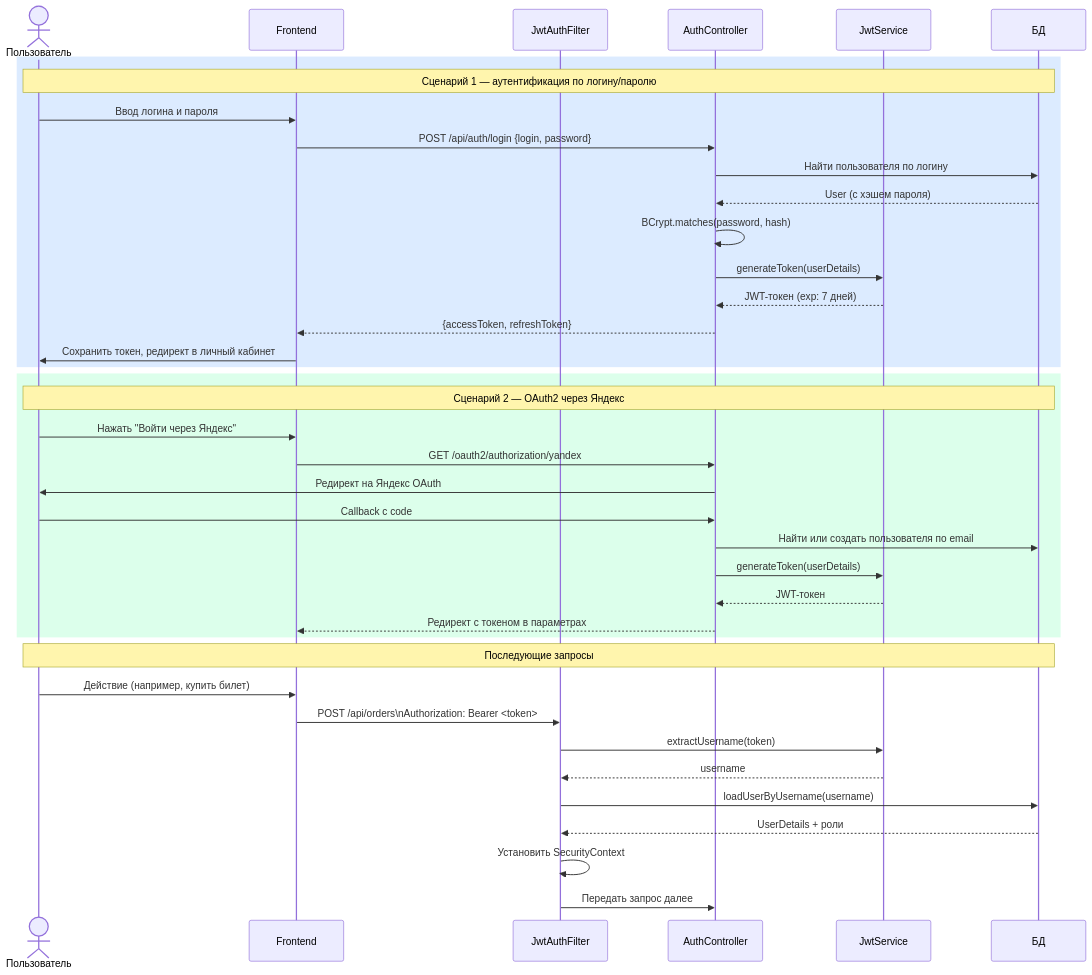
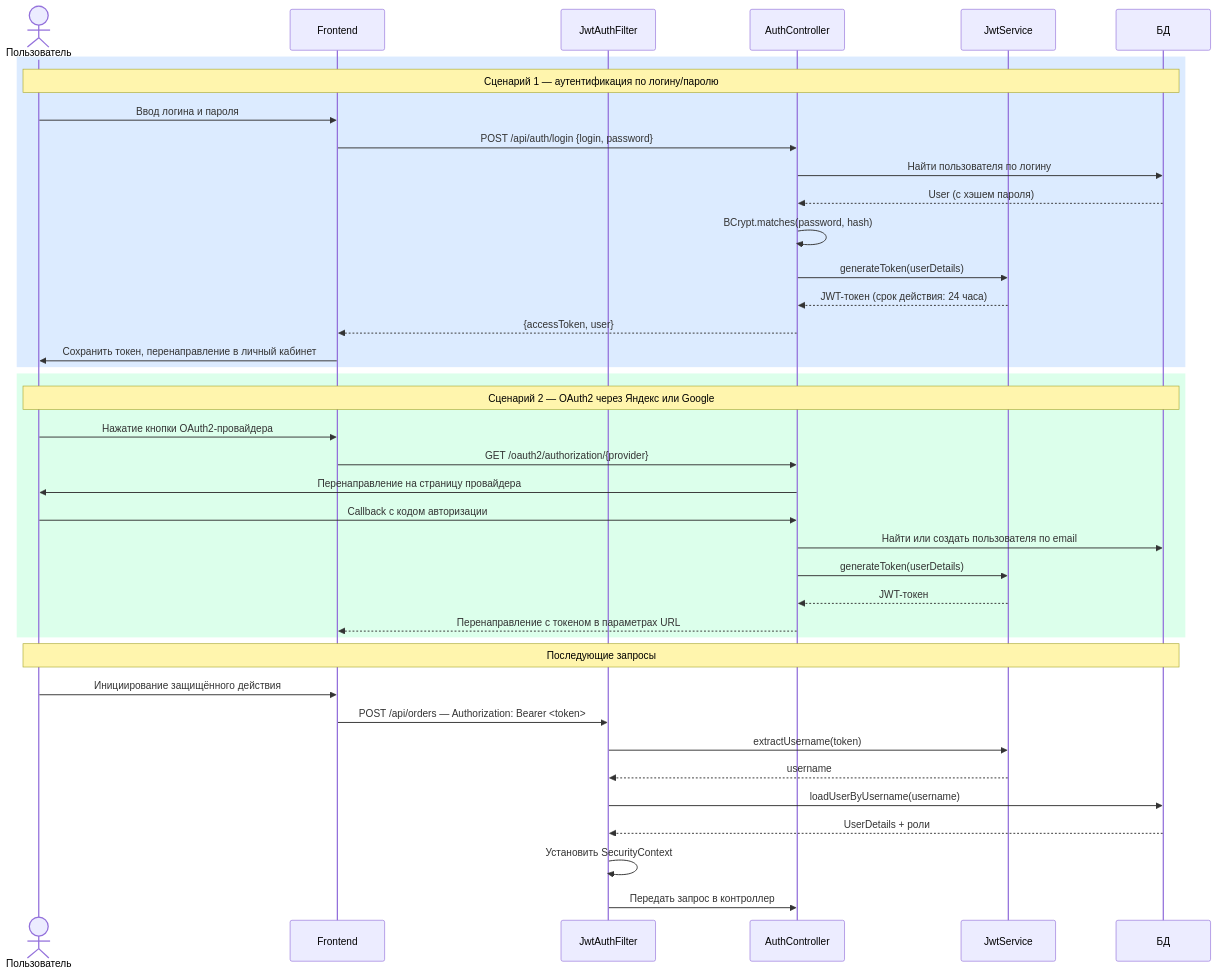
One commit to akarui-shi/festival-app changed the sixth of 13 diagrams in diplom/diplom.md. Above: the diagram before and after it, drawn with Mermaid. The commit also changed other lines of this file, not shown here.

````diff
--- a/diplom/diplom.md
+++ b/diplom/diplom.md
@@ -1347,44 +1369,44 @@
 ```mermaid
 sequenceDiagram
   actor Пользователь
   participant Frontend
   participant JwtAuthFilter
   participant AuthController
   participant JwtService
   participant БД
 
   rect rgb(220, 235, 255)
     Note over Пользователь,БД: Сценарий 1 — аутентификация по логину/паролю
     Пользователь->>Frontend: Ввод логина и пароля
     Frontend->>AuthController: POST /api/auth/login {login, password}
     AuthController->>БД: Найти пользователя по логину
     БД-->>AuthController: User (с хэшем пароля)
     AuthController->>AuthController: BCrypt.matches(password, hash)
     AuthController->>JwtService: generateToken(userDetails)
-    JwtService-->>AuthController: JWT-токен (exp: 7 дней)
-    AuthController-->>Frontend: {accessToken, refreshToken}
-    Frontend->>Пользователь: Сохранить токен, редирект в личный кабинет
+    JwtService-->>AuthController: JWT-токен (срок действия: 24 часа)
+    AuthController-->>Frontend: {accessToken, user}
+    Frontend->>Пользователь: Сохранить токен, перенаправление в личный кабинет
   end
 
   rect rgb(220, 255, 235)
-    Note over Пользователь,БД: Сценарий 2 — OAuth2 через Яндекс
-    Пользователь->>Frontend: Нажать "Войти через Яндекс"
-    Frontend->>AuthController: GET /oauth2/authorization/yandex
-    AuthController->>Пользователь: Редирект на Яндекс OAuth
-    Пользователь->>AuthController: Callback с code
+    Note over Пользователь,БД: Сценарий 2 — OAuth2 через Яндекс или Google
+    Пользователь->>Frontend: Нажатие кнопки OAuth2-провайдера
+    Frontend->>AuthController: GET /oauth2/authorization/{provider}
+    AuthController->>Пользователь: Перенаправление на страницу провайдера
+    Пользователь->>AuthController: Callback с кодом авторизации
     AuthController->>БД: Найти или создать пользователя по email
     AuthController->>JwtService: generateToken(userDetails)
     JwtService-->>AuthController: JWT-токен
-    AuthController-->>Frontend: Редирект с токеном в параметрах
+    AuthController-->>Frontend: Перенаправление с токеном в параметрах URL
   end
 
   Note over Пользователь,БД: Последующие запросы
-  Пользователь->>Frontend: Действие (например, купить билет)
-  Frontend->>JwtAuthFilter: POST /api/orders\nAuthorization: Bearer <token>
+  Пользователь->>Frontend: Инициирование защищённого действия
+  Frontend->>JwtAuthFilter: POST /api/orders — Authorization: Bearer <token>
   JwtAuthFilter->>JwtService: extractUsername(token)
   JwtService-->>JwtAuthFilter: username
   JwtAuthFilter->>БД: loadUserByUsername(username)
   БД-->>JwtAuthFilter: UserDetails + роли
   JwtAuthFilter->>JwtAuthFilter: Установить SecurityContext
-  JwtAuthFilter->>AuthController: Передать запрос далее
+  JwtAuthFilter->>AuthController: Передать запрос в контроллер
 ```
````
